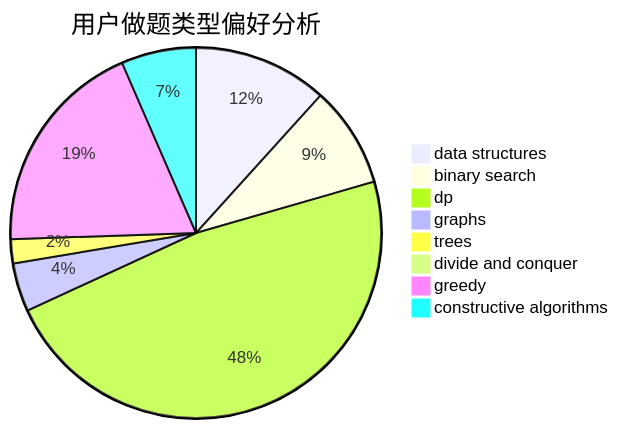
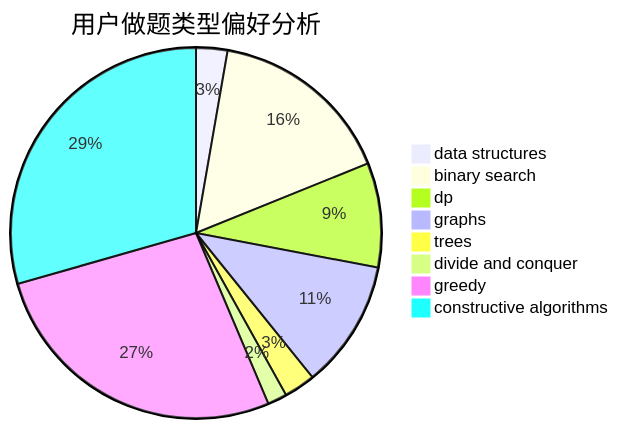
One commit to sherpahu/cfrs.github.io changed the second of 3 diagrams in docs/user/u111.md. Above: the diagram before and after it, drawn with Mermaid. The commit also changed other lines of this file and 2770 other files, not shown here.

````diff
--- a/docs/user/u111.md
+++ b/docs/user/u111.md
@@ -23,11 +23,11 @@
 ```mermaid
 pie title 用户做题类型偏好分析
-    "data structures" :  61
-    "binary search" :  46
-    "dp" :  248
-    "graphs" :  22
-    "trees" :  11
-    "divide and conquer" :  0
-    "greedy" :  99
-    "constructive algorithms" :  34
+    "data structures" :  21
+    "binary search" :  124
+    "dp" :  70
+    "graphs" :  86
+    "trees" :  21
+    "divide and conquer" :  13
+    "greedy" :  207
+    "constructive algorithms" :  226
 ```
````
